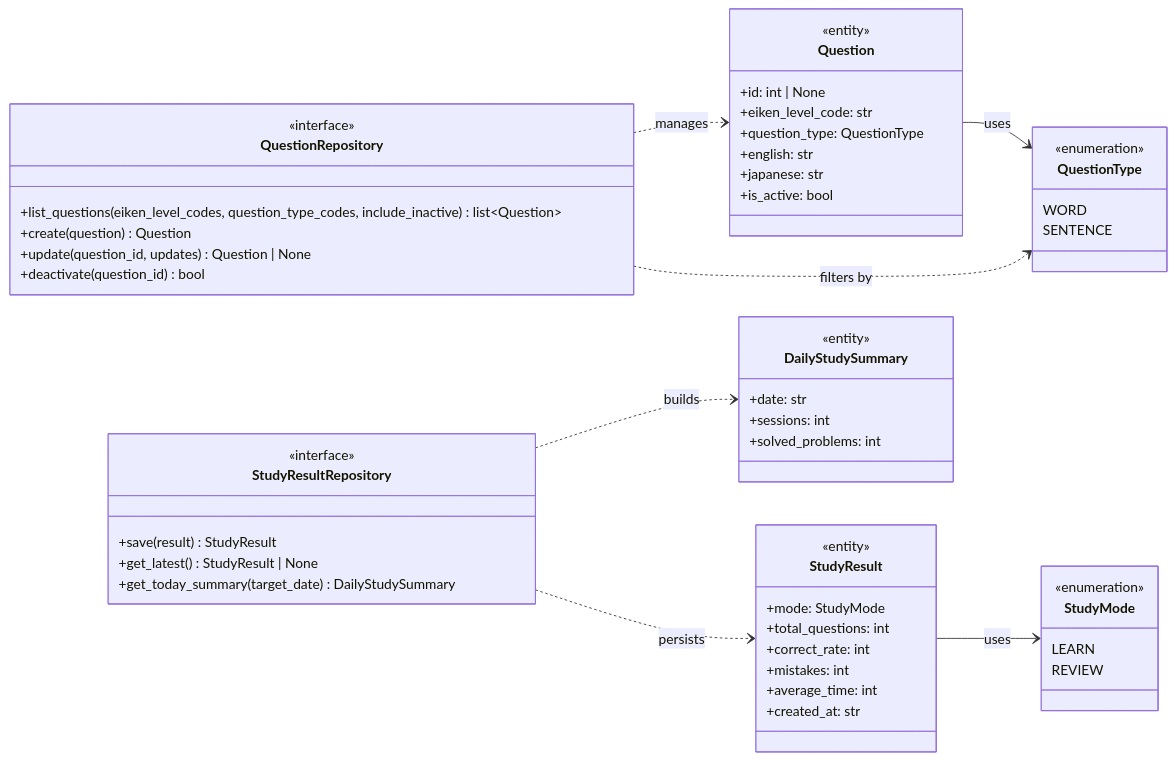
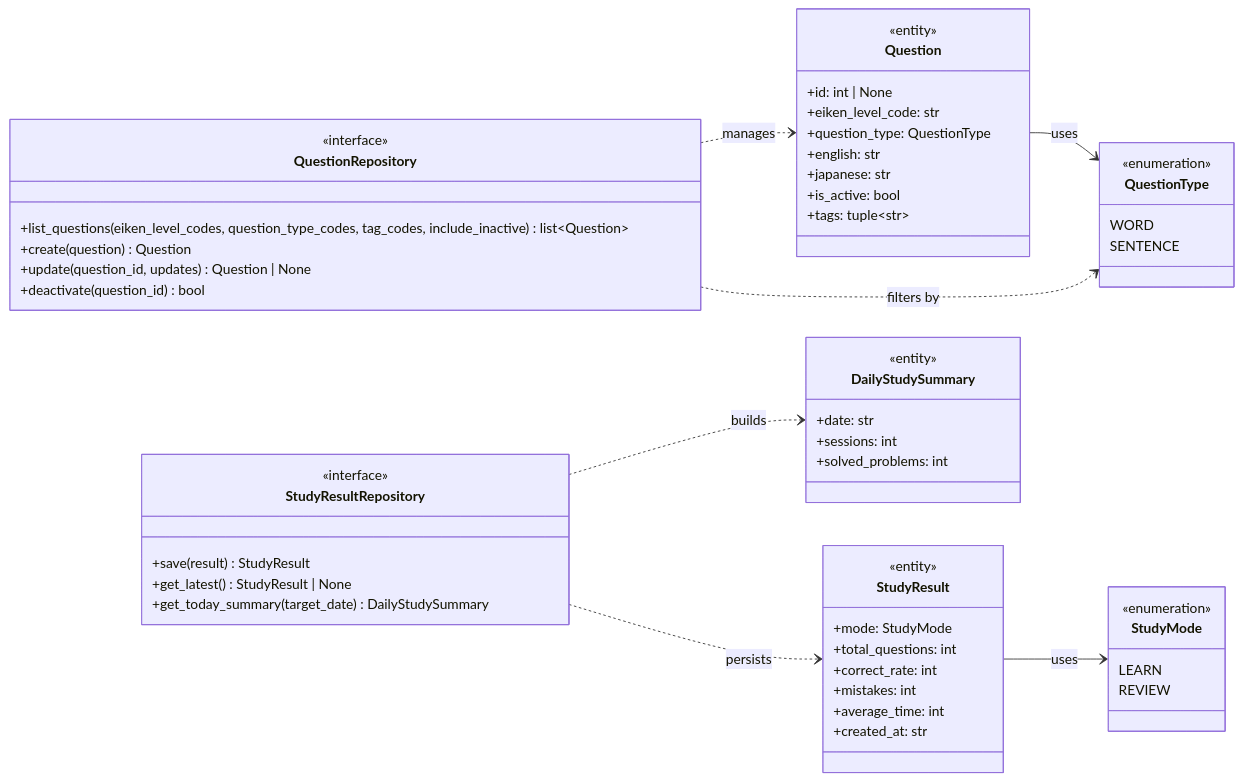
The diagram in docs/domain-model.md (tokitaku/typing-app), drawn with Mermaid before and after one commit. The commit also changed other lines of this file and 21 other files, not shown here.

````diff
--- a/docs/domain-model.md
+++ b/docs/domain-model.md
@@ -5,65 +5,66 @@
 ```mermaid
 classDiagram
     direction LR
 
     class StudyMode {
         <<enumeration>>
         LEARN
         REVIEW
     }
 
     class QuestionType {
         <<enumeration>>
         WORD
         SENTENCE
     }
 
     class Question {
         <<entity>>
         +id: int | None
         +eiken_level_code: str
         +question_type: QuestionType
         +english: str
         +japanese: str
         +is_active: bool
+        +tags: tuple~str~
     }
 
     class StudyResult {
         <<entity>>
         +mode: StudyMode
         +total_questions: int
         +correct_rate: int
         +mistakes: int
         +average_time: int
         +created_at: str
     }
 
     class DailyStudySummary {
         <<entity>>
         +date: str
         +sessions: int
         +solved_problems: int
     }
 
     class QuestionRepository {
         <<interface>>
-        +list_questions(eiken_level_codes, question_type_codes, include_inactive) list~Question~
+        +list_questions(eiken_level_codes, question_type_codes, tag_codes, include_inactive) list~Question~
         +create(question) Question
         +update(question_id, updates) Question | None
         +deactivate(question_id) bool
     }
 
     class StudyResultRepository {
         <<interface>>
         +save(result) StudyResult
         +get_latest() StudyResult | None
         +get_today_summary(target_date) DailyStudySummary
     }
 
     Question --> QuestionType : uses
     StudyResult --> StudyMode : uses
     QuestionRepository ..> Question : manages
     QuestionRepository ..> QuestionType : filters by
     StudyResultRepository ..> StudyResult : persists
     StudyResultRepository ..> DailyStudySummary : builds
 ```
````
